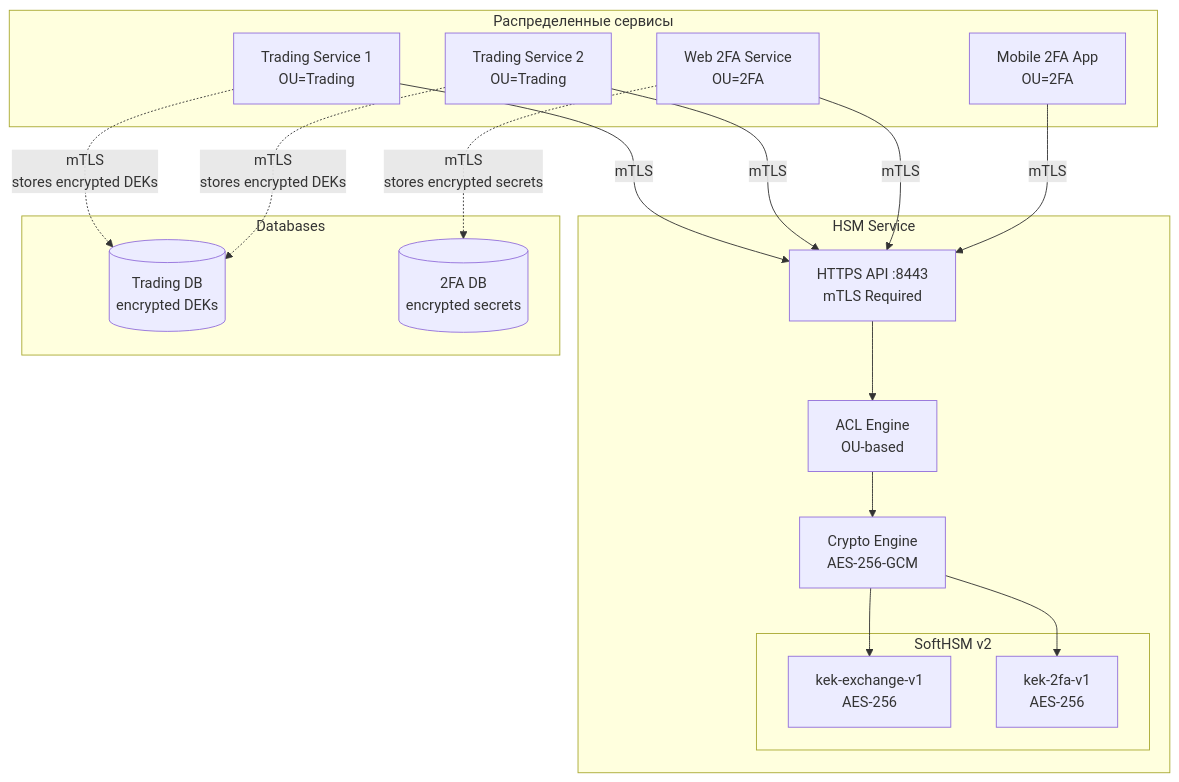
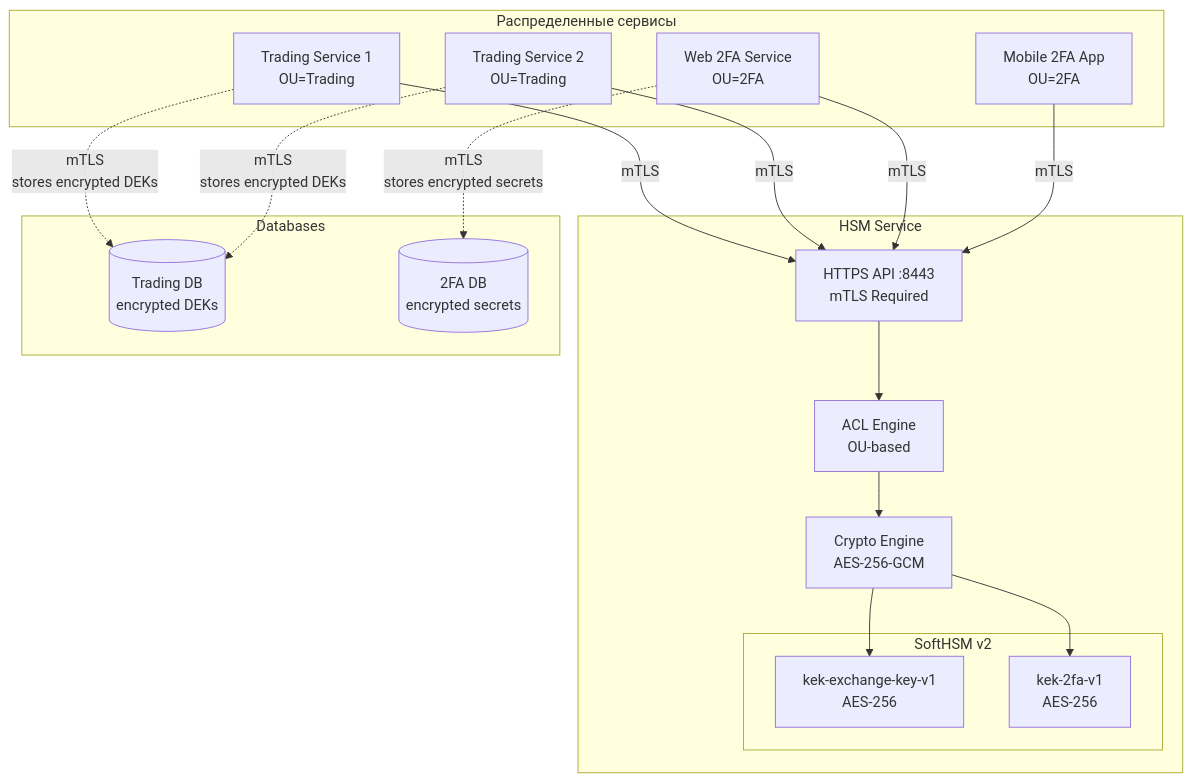
The first of 8 diagrams in README.md (titaev-lv/hsm-service), drawn with Mermaid before and after one commit. The commit also changed other lines of this file and 13 other files, not shown here.

````diff
--- a/README.md
+++ b/README.md
@@ -15,39 +15,39 @@
 ```mermaid
 graph TB
     subgraph "Распределенные сервисы"
         TS1[Trading Service 1<br/>OU=Trading]
         TS2[Trading Service 2<br/>OU=Trading]
         WEB[Web 2FA Service<br/>OU=2FA]
         MOB[Mobile 2FA App<br/>OU=2FA]
     end
     
     subgraph "HSM Service"
         API[HTTPS API :8443<br/>mTLS Required]
         ACL[ACL Engine<br/>OU-based]
         CRYPTO[Crypto Engine<br/>AES-256-GCM]
         
         subgraph "SoftHSM v2"
-            KEK1[kek-exchange-v1<br/>AES-256]
+            KEK1[kek-exchange-key-v1<br/>AES-256]
             KEK2[kek-2fa-v1<br/>AES-256]
         end
     end
     
     subgraph "Databases"
         DB1[(Trading DB<br/>encrypted DEKs)]
         DB2[(2FA DB<br/>encrypted secrets)]
     end
     
     TS1 -->|mTLS| API
     TS2 -->|mTLS| API
     WEB -->|mTLS| API
     MOB -->|mTLS| API
     
     API --> ACL
     ACL --> CRYPTO
     CRYPTO --> KEK1
     CRYPTO --> KEK2
     
     TS1 -.->|mTLS<br/>stores encrypted DEKs| DB1
     TS2 -.->|mTLS<br/>stores encrypted DEKs| DB1
     WEB -.->|mTLS<br/>stores encrypted secrets| DB2
 ```
````
